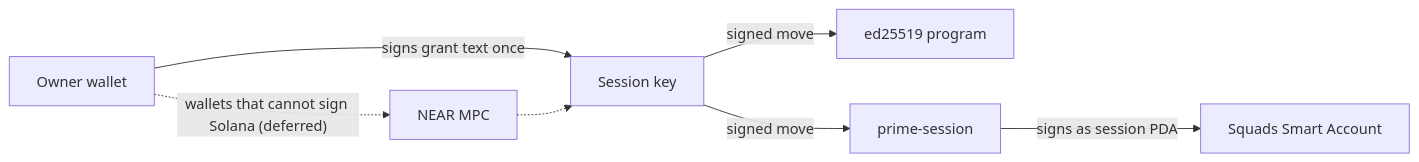
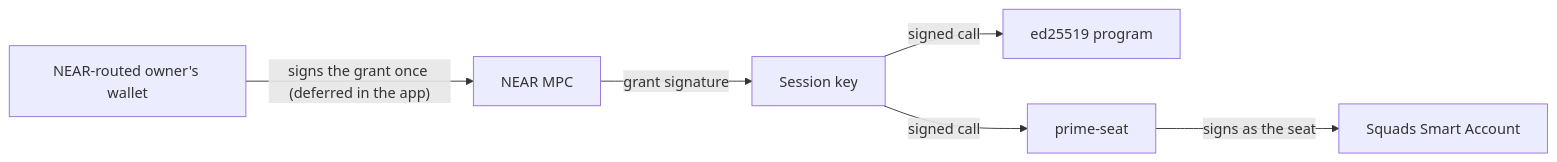
One commit to untangledfinance/oz-policy-builder changed the first of 12 diagrams in contracts/solana/README-architecture.md. Above: the diagram before and after it, drawn with Mermaid. The commit also changed other lines of this file and 11 other files, not shown here.

````diff
--- a/contracts/solana/README-architecture.md
+++ b/contracts/solana/README-architecture.md
@@ -58,15 +60,14 @@
 ```mermaid
 flowchart LR
-  W[Owner wallet]
+  W[NEAR-routed owner's wallet]
   N[NEAR MPC]
   K[Session key]
   E[ed25519 program]
-  P[prime-session]
+  P[prime-seat]
   S[Squads Smart Account]
-  W -- "signs grant text once" --> K
-  W -. "wallets that cannot sign Solana (deferred)" .-> N
-  N -.-> K
-  K -- "signed move" --> E
-  K -- "signed move" --> P
-  P -- "signs as session PDA" --> S
+  W -- "signs the grant once (deferred in the app)" --> N
+  N -- "grant signature" --> K
+  K -- "signed call" --> E
+  K -- "signed call" --> P
+  P -- "signs as the seat" --> S
 ```
````
